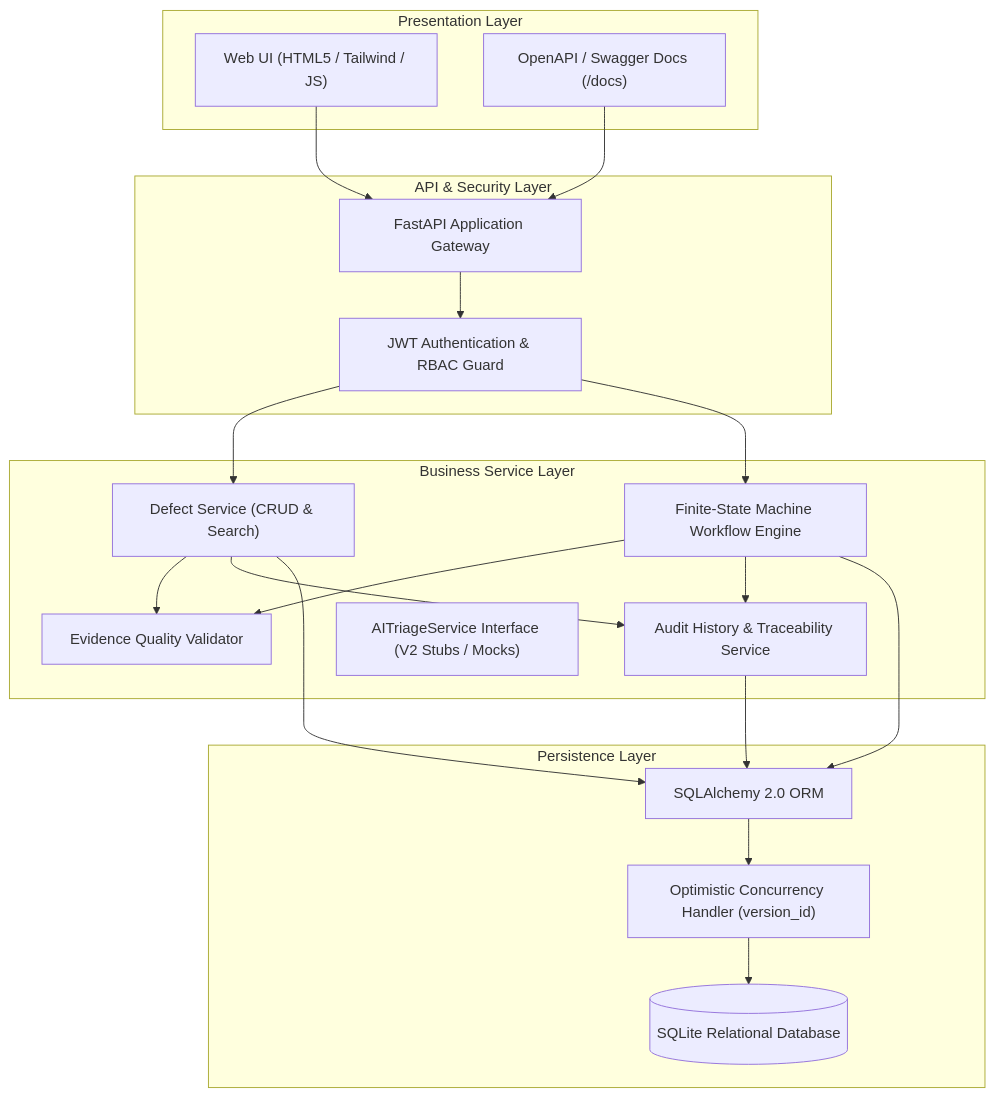
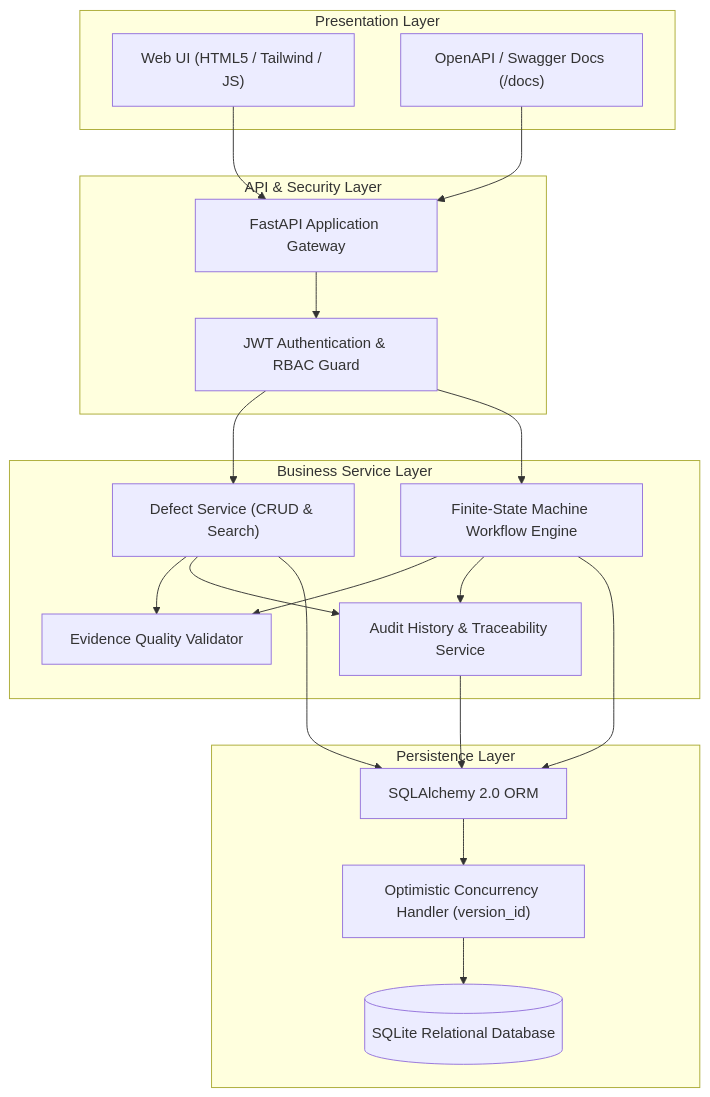
One commit to priyanshi-somani/ai-defect-triage changed the first of 2 diagrams in docs/architecture.md. Above: the diagram before and after it, drawn with Mermaid. The commit also changed other lines of this file and 7 other files, not shown here.

````diff
--- a/docs/architecture.md
+++ b/docs/architecture.md
@@ -43,44 +43,43 @@
 ```mermaid
 graph TD
     subgraph Presentation Layer
         UI["Web UI (HTML5 / Tailwind / JS)"]
         Swagger["OpenAPI / Swagger Docs (/docs)"]
     end
 
     subgraph API & Security Layer
         FastAPIApp["FastAPI Application Gateway"]
         AuthMiddleware["JWT Authentication & RBAC Guard"]
     end
 
     subgraph Business Service Layer
         DefectService["Defect Service (CRUD & Search)"]
         EvidenceService["Evidence Quality Validator"]
         WorkflowService["Finite-State Machine Workflow Engine"]
         HistoryService["Audit History & Traceability Service"]
-        AIAssistant["AITriageService Interface (V2 Stubs / Mocks)"]
     end
 
     subgraph Persistence Layer
         SQLAlchemyORM["SQLAlchemy 2.0 ORM"]
         OptimisticLock["Optimistic Concurrency Handler (version_id)"]
         SQLiteDB[("SQLite Relational Database")]
     end
 
     UI --> FastAPIApp
     Swagger --> FastAPIApp
     FastAPIApp --> AuthMiddleware
     AuthMiddleware --> DefectService
     AuthMiddleware --> WorkflowService
     
     DefectService --> EvidenceService
     WorkflowService --> EvidenceService
     WorkflowService --> HistoryService
     DefectService --> HistoryService
     
     DefectService --> SQLAlchemyORM
     WorkflowService --> SQLAlchemyORM
     HistoryService --> SQLAlchemyORM
     
     SQLAlchemyORM --> OptimisticLock
     OptimisticLock --> SQLiteDB
 ```
````
